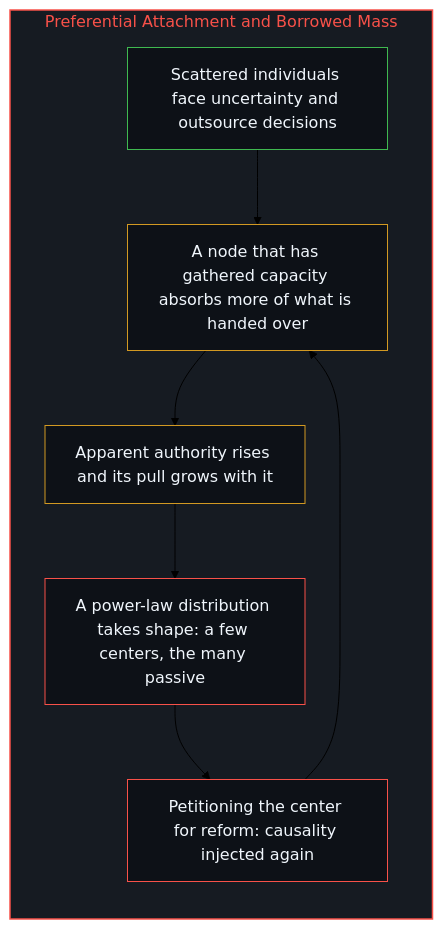
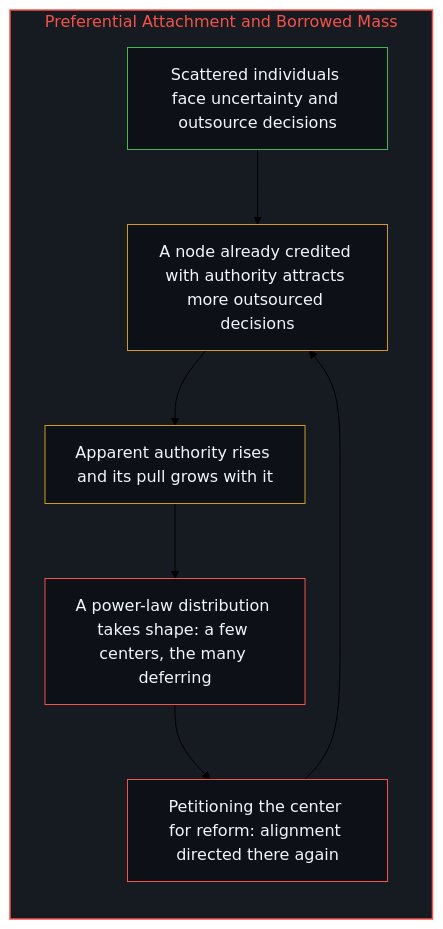
Before and after one commit to powerpig99/not-a-toe: the eighth of 12 diagrams in content/posts/the-power-law-of-surrendered-agency.md, drawn with Mermaid (forest theme). The commit also changed other lines of this file and 2 other files, not shown here.

Commit message:
Consolidate Deep Sleep Batch 5: the-power-law-of-surrendered-agency, fixed-by-nothing (10 NO_DELTA)

````diff
--- a/content/posts/the-power-law-of-surrendered-agency.md
+++ b/content/posts/the-power-law-of-surrendered-agency.md
@@ -216,22 +216,22 @@
 ```mermaid
 flowchart TD
     subgraph S_Hub["Preferential Attachment and Borrowed Mass"]
         direction TB
         Many["Scattered individuals face uncertainty and outsource decisions"]
-        Hub["A node that has gathered capacity absorbs more of what is handed over"]
+        Hub["A node already credited with authority attracts more outsourced decisions"]
         Loop["Apparent authority rises and its pull grows with it"]
-        Power["A power-law distribution takes shape: a few centers, the many passive"]
-        Petition["Petitioning the center for reform: causality injected again"]
+        Power["A power-law distribution takes shape: a few centers, the many deferring"]
+        Petition["Petitioning the center for reform: alignment directed there again"]
         Many --> Hub
         Hub --> Loop
         Loop --> Power
         Power --> Petition
         Petition --> Hub
     end
     style S_Hub fill:#161b22,stroke:#f85149,stroke-width:1.5px,color:#f85149
     style Many fill:#0d1117,stroke:#3fb950,stroke-width:1px,color:#f0f6fc
     style Hub fill:#0d1117,stroke:#d29922,stroke-width:1px,color:#f0f6fc
     style Loop fill:#0d1117,stroke:#d29922,stroke-width:1px,color:#f0f6fc
     style Power fill:#0d1117,stroke:#f85149,stroke-width:1px,color:#f0f6fc
     style Petition fill:#0d1117,stroke:#f85149,stroke-width:1px,color:#f0f6fc
 ```
````
